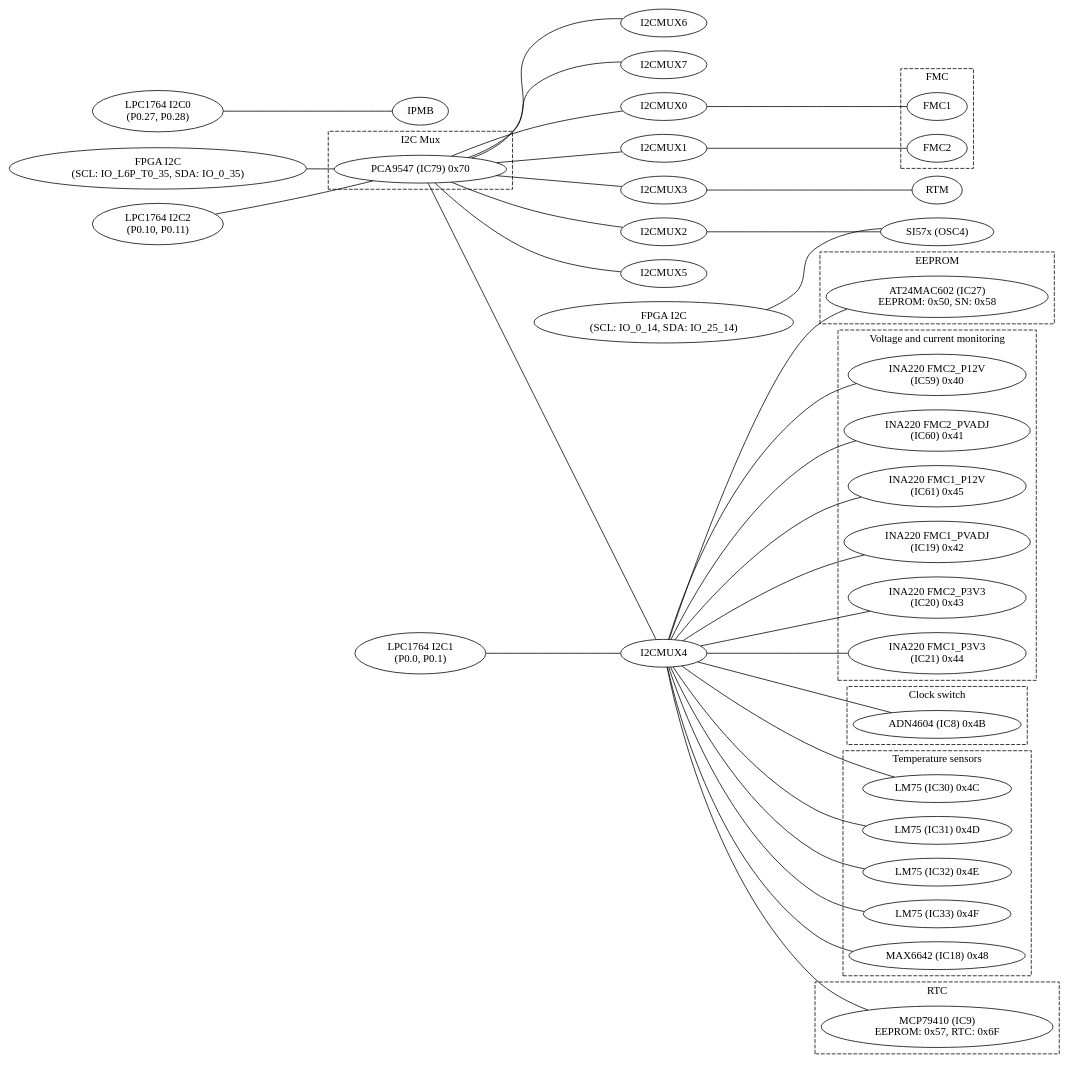
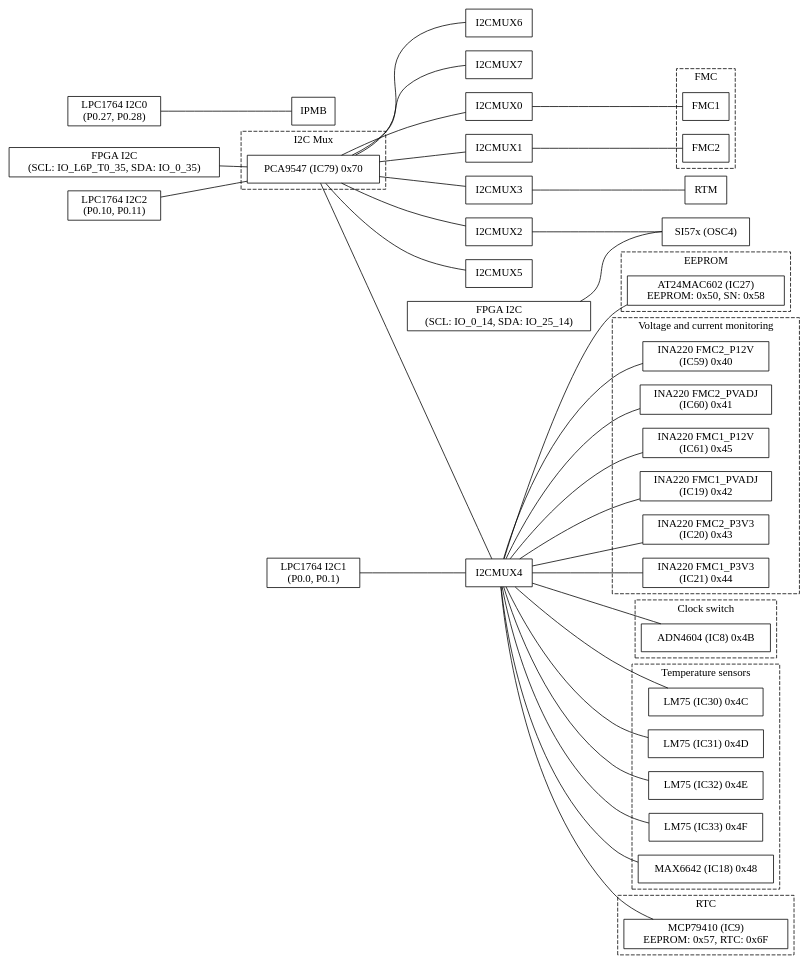
One commit to lnls-dig/openMMC changed the diagram in docs/afcv3_i2c_hierarchy.dot. Above: the diagram before and after it, drawn with Graphviz. The commit also changed 2 other files, not shown here.

Commit message:
Use a more compact representation of nodes for dot graphs [docs]
The standard ellipse shaped nodes wastes a lot of space, making the
resulting images unnecessary wide. Set the shape to 'rectangle'
instead.

```diff
--- a/docs/afcv3_i2c_hierarchy.dot
+++ b/docs/afcv3_i2c_hierarchy.dot
@@ -1,115 +1,115 @@
 graph afcv3_i2c_hieranchy {
     rankdir=LR
-    FPGA_I2C0 [label="FPGA I2C\n(SCL: IO_L6P_T0_35, SDA: IO_0_35)"]
-    FPGA_I2C1 [label="FPGA I2C\n(SCL: IO_0_14, SDA: IO_25_14)"]
-    LPC1764_I2C0 [label="LPC1764 I2C0\n(P0.27, P0.28)"]
-    LPC1764_I2C1 [label="LPC1764 I2C1\n(P0.0, P0.1)"]
-    LPC1764_I2C2 [label="LPC1764 I2C2\n(P0.10, P0.11)"]
-    I2CMUX0 [label="I2CMUX0"]
-    I2CMUX1 [label="I2CMUX1"]
-    I2CMUX2 [label="I2CMUX2"]
-    I2CMUX3 [label="I2CMUX3"]
-    I2CMUX4 [label="I2CMUX4"]
-    I2CMUX5 [label="I2CMUX5"]
-    I2CMUX6 [label="I2CMUX6"]
-    I2CMUX7 [label="I2CMUX7"]
+    FPGA_I2C0 [label="FPGA I2C\n(SCL: IO_L6P_T0_35, SDA: IO_0_35)", shape=rectangle]
+    FPGA_I2C1 [label="FPGA I2C\n(SCL: IO_0_14, SDA: IO_25_14)", shape=rectangle]
+    LPC1764_I2C0 [label="LPC1764 I2C0\n(P0.27, P0.28)", shape=rectangle]
+    LPC1764_I2C1 [label="LPC1764 I2C1\n(P0.0, P0.1)", shape=rectangle]
+    LPC1764_I2C2 [label="LPC1764 I2C2\n(P0.10, P0.11)", shape=rectangle]
+    I2CMUX0 [label="I2CMUX0", shape=rectangle]
+    I2CMUX1 [label="I2CMUX1", shape=rectangle]
+    I2CMUX2 [label="I2CMUX2", shape=rectangle]
+    I2CMUX3 [label="I2CMUX3", shape=rectangle]
+    I2CMUX4 [label="I2CMUX4", shape=rectangle]
+    I2CMUX5 [label="I2CMUX5", shape=rectangle]
+    I2CMUX6 [label="I2CMUX6", shape=rectangle]
+    I2CMUX7 [label="I2CMUX7", shape=rectangle]
 
     subgraph cluster_i2c_mux {
         label = "I2C Mux"
         style = dashed
-        IC79 [label="PCA9547 (IC79) 0x70"]
+        IC79 [label="PCA9547 (IC79) 0x70", shape=rectangle]
     }
 
     subgraph cluster_temp_sensors {
         label = "Temperature sensors"
         style = dashed
-        IC30 [label="LM75 (IC30) 0x4C"]
-        IC31 [label="LM75 (IC31) 0x4D"]
-        IC32 [label="LM75 (IC32) 0x4E"]
-        IC33 [label="LM75 (IC33) 0x4F"]
-        IC18 [label="MAX6642 (IC18) 0x48"]
+        IC30 [label="LM75 (IC30) 0x4C", shape=rectangle]
+        IC31 [label="LM75 (IC31) 0x4D", shape=rectangle]
+        IC32 [label="LM75 (IC32) 0x4E", shape=rectangle]
+        IC33 [label="LM75 (IC33) 0x4F", shape=rectangle]
+        IC18 [label="MAX6642 (IC18) 0x48", shape=rectangle]
     }
 
     subgraph cluster_rtc {
         label = "RTC"
         style = dashed
-        IC9 [label="MCP79410 (IC9)\nEEPROM: 0x57, RTC: 0x6F"]
+        IC9 [label="MCP79410 (IC9)\nEEPROM: 0x57, RTC: 0x6F", shape=rectangle]
     }
 
     subgraph cluster_eeprom {
         label = "EEPROM"
         style = dashed
-        IC27 [label="AT24MAC602 (IC27)\nEEPROM: 0x50, SN: 0x58"]
+        IC27 [label="AT24MAC602 (IC27)\nEEPROM: 0x50, SN: 0x58", shape=rectangle]
     }
 
     subgraph cluster_vol_cur_monitor {
         label = "Voltage and current monitoring"
         style = dashed
-        IC59 [label="INA220 FMC2_P12V\n(IC59) 0x40"]
-        IC60 [label="INA220 FMC2_PVADJ\n(IC60) 0x41"]
-        IC61 [label="INA220 FMC1_P12V\n(IC61) 0x45"]
-        IC19 [label="INA220 FMC1_PVADJ\n(IC19) 0x42"]
-        IC20 [label="INA220 FMC2_P3V3\n(IC20) 0x43"]
-        IC21 [label="INA220 FMC1_P3V3\n(IC21) 0x44"]
+        IC59 [label="INA220 FMC2_P12V\n(IC59) 0x40", shape=rectangle]
+        IC60 [label="INA220 FMC2_PVADJ\n(IC60) 0x41", shape=rectangle]
+        IC61 [label="INA220 FMC1_P12V\n(IC61) 0x45", shape=rectangle]
+        IC19 [label="INA220 FMC1_PVADJ\n(IC19) 0x42", shape=rectangle]
+        IC20 [label="INA220 FMC2_P3V3\n(IC20) 0x43", shape=rectangle]
+        IC21 [label="INA220 FMC1_P3V3\n(IC21) 0x44", shape=rectangle]
     }
 
     subgraph cluster_clk_sw {
         label = "Clock switch"
         style = dashed
-        IC8 [label="ADN4604 (IC8) 0x4B"]
+        IC8 [label="ADN4604 (IC8) 0x4B", shape=rectangle]
     }
 
-    RTM [label="RTM"]
+    RTM [label="RTM", shape=rectangle]
 
     subgraph cluster_fmc {
         label = "FMC"
         style = dashed
-        FMC2 [label="FMC2"]
-        FMC1 [label="FMC1"]
+        FMC2 [label="FMC2", shape=rectangle]
+        FMC1 [label="FMC1", shape=rectangle]
     }
 
-    OSC4 [label="SI57x (OSC4)"]
-    IPMB [label="IPMB"]
+    OSC4 [label="SI57x (OSC4)", shape=rectangle]
+    IPMB [label="IPMB", shape=rectangle]
 
     LPC1764_I2C0 -- IPMB
 
     FPGA_I2C0 -- IC79
     LPC1764_I2C2 -- IC79
     IC79 -- I2CMUX0
     IC79 -- I2CMUX1
     IC79 -- I2CMUX2
     IC79 -- I2CMUX3
     IC79 -- I2CMUX4
     IC79 -- I2CMUX5
     IC79 -- I2CMUX6
     IC79 -- I2CMUX7
 
     I2CMUX0 -- FMC1
 
     I2CMUX1 -- FMC2
 
     I2CMUX2 -- OSC4
 
     I2CMUX3 -- RTM
 
     FPGA_I2C1 -- OSC4
 
     LPC1764_I2C1 -- I2CMUX4
 
     I2CMUX4 -- IC59
     I2CMUX4 -- IC60
     I2CMUX4 -- IC61
     I2CMUX4 -- IC19
     I2CMUX4 -- IC20
     I2CMUX4 -- IC21
 
     I2CMUX4 -- IC30
     I2CMUX4 -- IC31
     I2CMUX4 -- IC32
     I2CMUX4 -- IC33
     I2CMUX4 -- IC18
 
     I2CMUX4 -- IC9
     I2CMUX4 -- IC27
     I2CMUX4 -- IC8
 }
```
